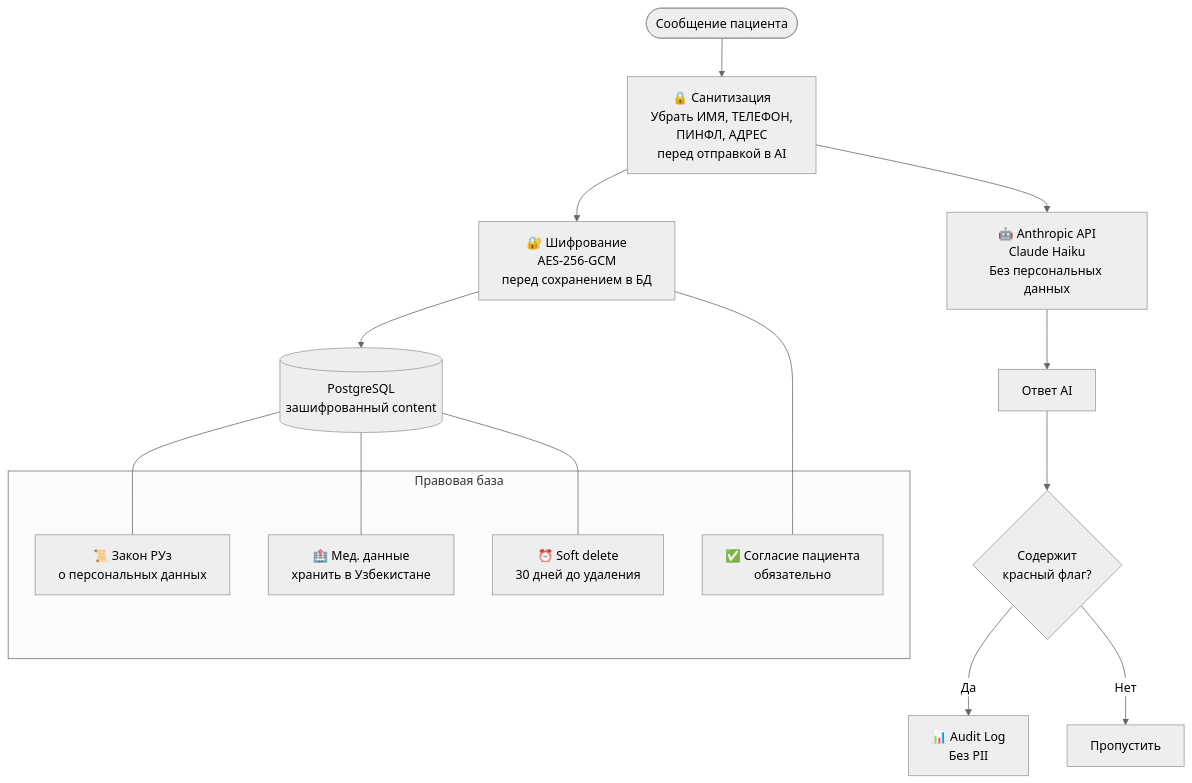
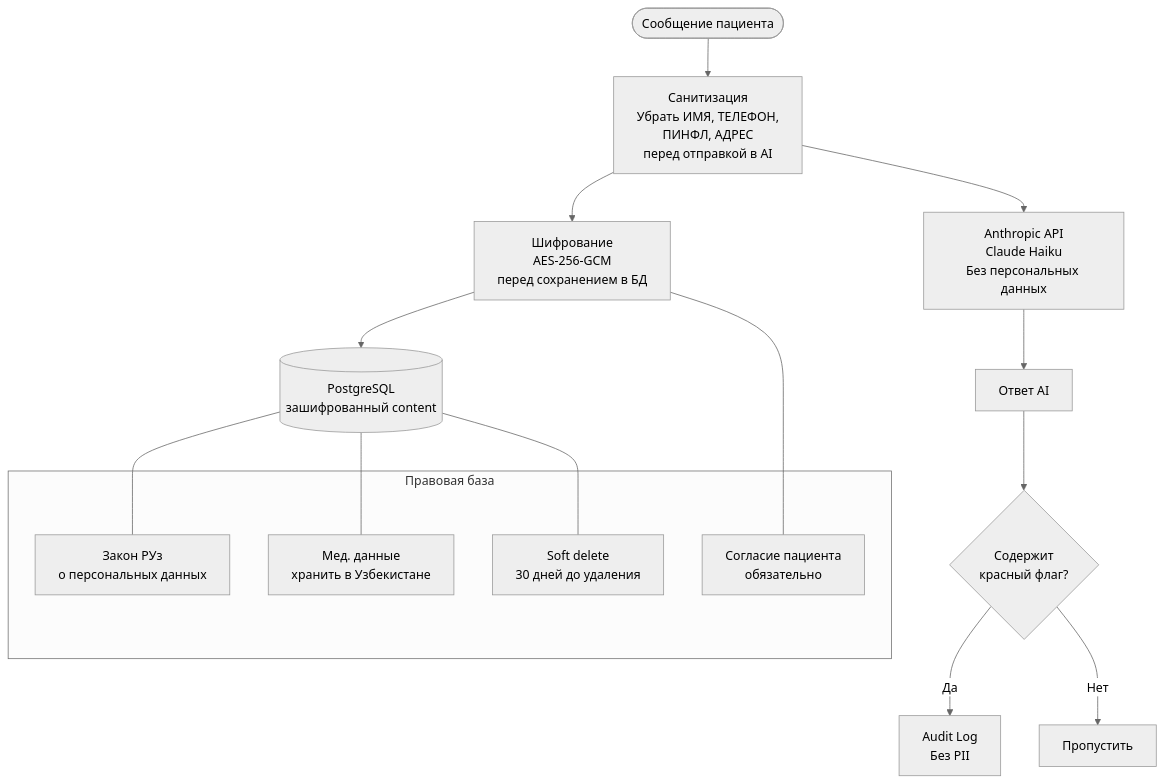
Before and after one commit to abubakirilhomov/hamshiraGo: the tenth of 10 diagrams in docs/SALOMAT_FLOW.md, drawn with Mermaid (neutral theme). The commit also changed other lines of this file and 1 other file, not shown here.

First line of the commit message:
fix(docs): remove emoji + fix quotes in Mermaid diagrams

````diff
--- a/docs/SALOMAT_FLOW.md
+++ b/docs/SALOMAT_FLOW.md
@@ -352,28 +352,28 @@
 ```mermaid
 flowchart TD
-    MSG([Сообщение пациента]) --> SANITIZE[🔒 Санитизация<br/>Убрать ИМЯ, ТЕЛЕФОН,<br/>ПИНФЛ, АДРЕС<br/>перед отправкой в AI]
+    MSG([Сообщение пациента]) --> SANITIZE[Санитизация<br/>Убрать ИМЯ, ТЕЛЕФОН,<br/>ПИНФЛ, АДРЕС<br/>перед отправкой в AI]
     
-    SANITIZE --> ENCRYPT[🔐 Шифрование<br/>AES-256-GCM<br/>перед сохранением в БД]
+    SANITIZE --> ENCRYPT[Шифрование<br/>AES-256-GCM<br/>перед сохранением в БД]
     
     ENCRYPT --> DB[(PostgreSQL<br/>зашифрованный content)]
     
-    SANITIZE --> API_CALL[🤖 Anthropic API<br/>Claude Haiku<br/>Без персональных данных]
+    SANITIZE --> API_CALL[Anthropic API<br/>Claude Haiku<br/>Без персональных данных]
     
     API_CALL --> RESPONSE[Ответ AI]
     
     RESPONSE --> LOG_CHECK{Содержит<br/>красный флаг?}
-    LOG_CHECK -->|Да| AUDIT[📊 Audit Log<br/>Без PII]
+    LOG_CHECK -->|Да| AUDIT[Audit Log<br/>Без PII]
     LOG_CHECK -->|Нет| SKIP_AUDIT[Пропустить]
     
     subgraph "Правовая база"
-        LAW1[📜 Закон РУз<br/>о персональных данных]
-        LAW2[🏥 Мед. данные<br/>хранить в Узбекистане]
-        LAW3[✅ Согласие пациента<br/>обязательно]
-        LAW4[⏰ Soft delete<br/>30 дней до удаления]
+        LAW1[Закон РУз<br/>о персональных данных]
+        LAW2[Мед. данные<br/>хранить в Узбекистане]
+        LAW3[Согласие пациента<br/>обязательно]
+        LAW4[Soft delete<br/>30 дней до удаления]
     end
     
     DB --- LAW1
     DB --- LAW2
     ENCRYPT --- LAW3
     DB --- LAW4
 ```
````
